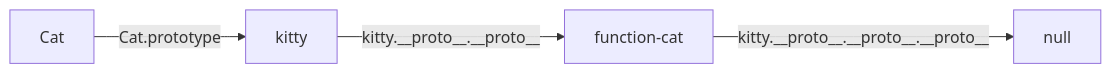
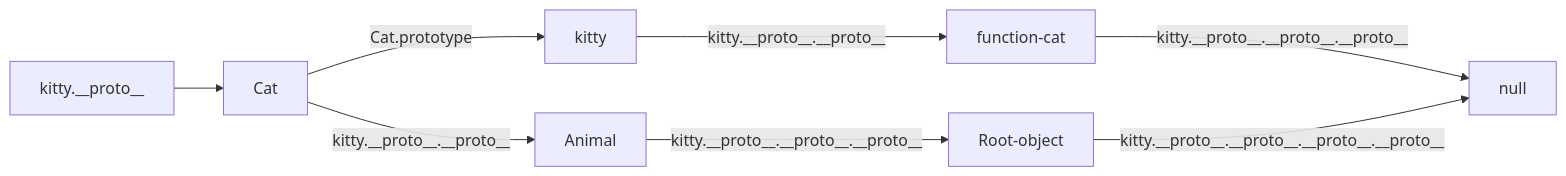
The second of 2 diagrams in prototype/function-prototype/README.md (neerajrathore/javascript-handbook), drawn with Mermaid before and after one commit. The commit also changed other lines of this file and 4 other files, not shown here.

````diff
--- a/prototype/function-prototype/README.md
+++ b/prototype/function-prototype/README.md
@@ -20,4 +92,5 @@
-    ```mermaid
-    graph LR;
-      Cat-->|Cat.prototype| kitty --> |kitty.__proto__.__proto__|function-cat -->|kitty.__proto__.__proto__.__proto__| null ;
-    ```
+  ```mermaid
+  flowchart LR;
+    Cat-->|Cat.prototype| kitty --> |kitty.__proto__.__proto__|function-cat -->|kitty.__proto__.__proto__.__proto__| null ;
+    kitty.__proto__ --> Cat --> |kitty.__proto__.__proto__| Animal --> |kitty.__proto__.__proto__.__proto__| Root-object -->|kitty.__proto__.__proto__.__proto__.__proto__| null
+  ```
````
